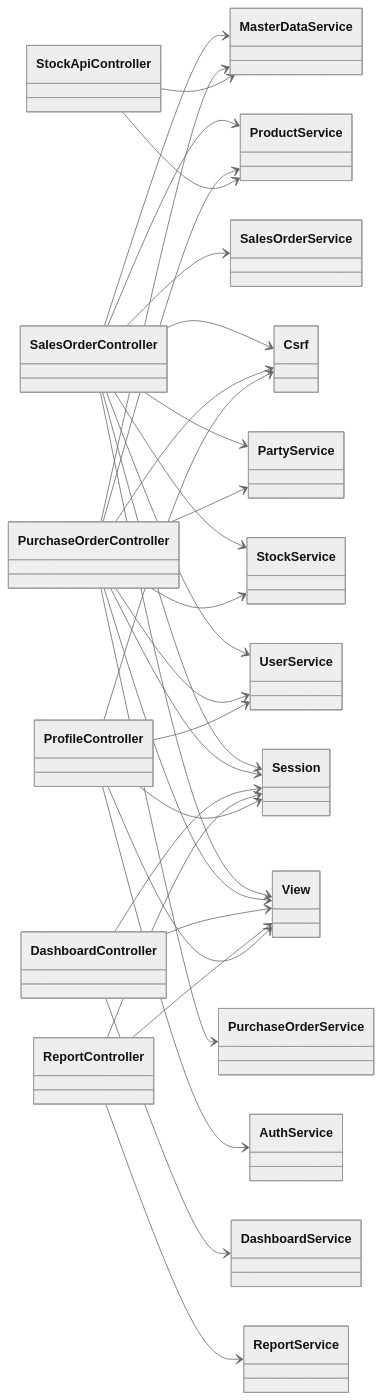
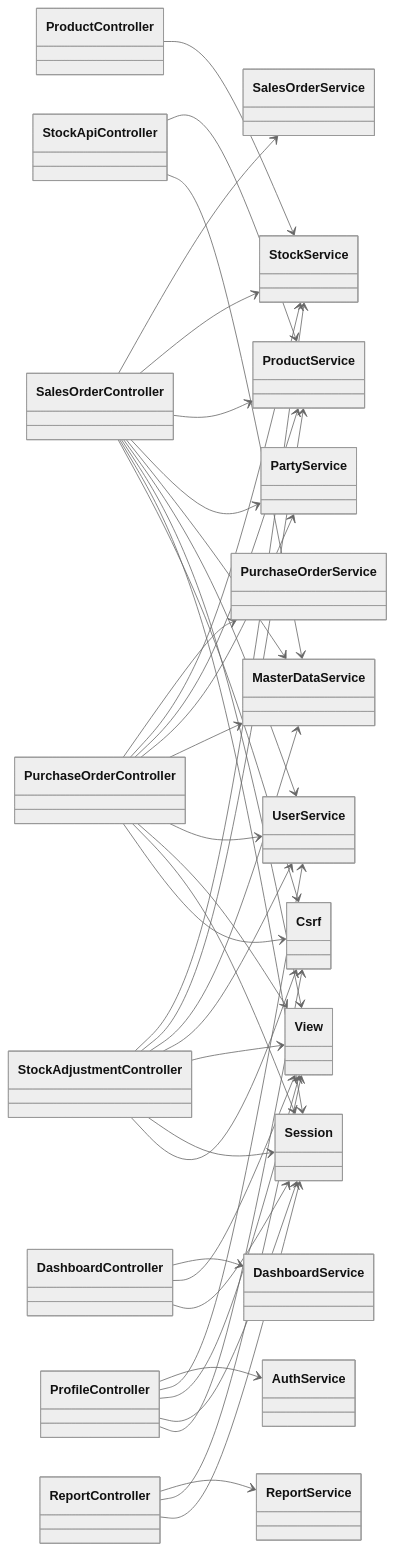
Before and after one commit to WillyMocha/inventory-order-management-system: the third of 4 diagrams in docs/architecture/class-diagram-as-built.md, drawn with Mermaid (neutral theme). The commit also changed other lines of this file and 53 other files, not shown here.

Commit message:
docs: stock adjustment spec, evidence, ADR addendum and BRD

````diff
--- a/docs/architecture/class-diagram-as-built.md
+++ b/docs/architecture/class-diagram-as-built.md
@@ -227,62 +232,74 @@
 ```mermaid
 classDiagram
     direction LR
 
     class SalesOrderController
     class PurchaseOrderController
     class DashboardController
     class ReportController
     class StockApiController
     class ProfileController
+    class StockAdjustmentController
+    class ProductController
 
     class SalesOrderService
     class PurchaseOrderService
     class StockService
     class DashboardService
     class ReportService
     class ProductService
     class PartyService
     class MasterDataService
     class UserService
     class AuthService
     class View
     class Session
     class Csrf
 
     SalesOrderController --> SalesOrderService
     SalesOrderController --> StockService
     SalesOrderController --> ProductService
     SalesOrderController --> PartyService
     SalesOrderController --> MasterDataService
     SalesOrderController --> UserService
     SalesOrderController --> View
     SalesOrderController --> Session
     SalesOrderController --> Csrf
 
     PurchaseOrderController --> PurchaseOrderService
     PurchaseOrderController --> StockService
     PurchaseOrderController --> ProductService
     PurchaseOrderController --> PartyService
     PurchaseOrderController --> MasterDataService
     PurchaseOrderController --> UserService
     PurchaseOrderController --> View
     PurchaseOrderController --> Session
     PurchaseOrderController --> Csrf
 
     DashboardController --> DashboardService
     DashboardController --> View
     DashboardController --> Session
 
     ReportController --> ReportService
     ReportController --> View
     ReportController --> Session
 
     StockApiController --> ProductService
     StockApiController --> MasterDataService
 
     ProfileController --> AuthService
     ProfileController --> UserService
     ProfileController --> View
     ProfileController --> Session
     ProfileController --> Csrf
+
+    StockAdjustmentController --> StockService
+    StockAdjustmentController --> ProductService
+    StockAdjustmentController --> MasterDataService
+    StockAdjustmentController --> UserService
+    StockAdjustmentController --> View
+    StockAdjustmentController --> Session
+    StockAdjustmentController --> Csrf
+
+    ProductController --> StockService
 ```
````
